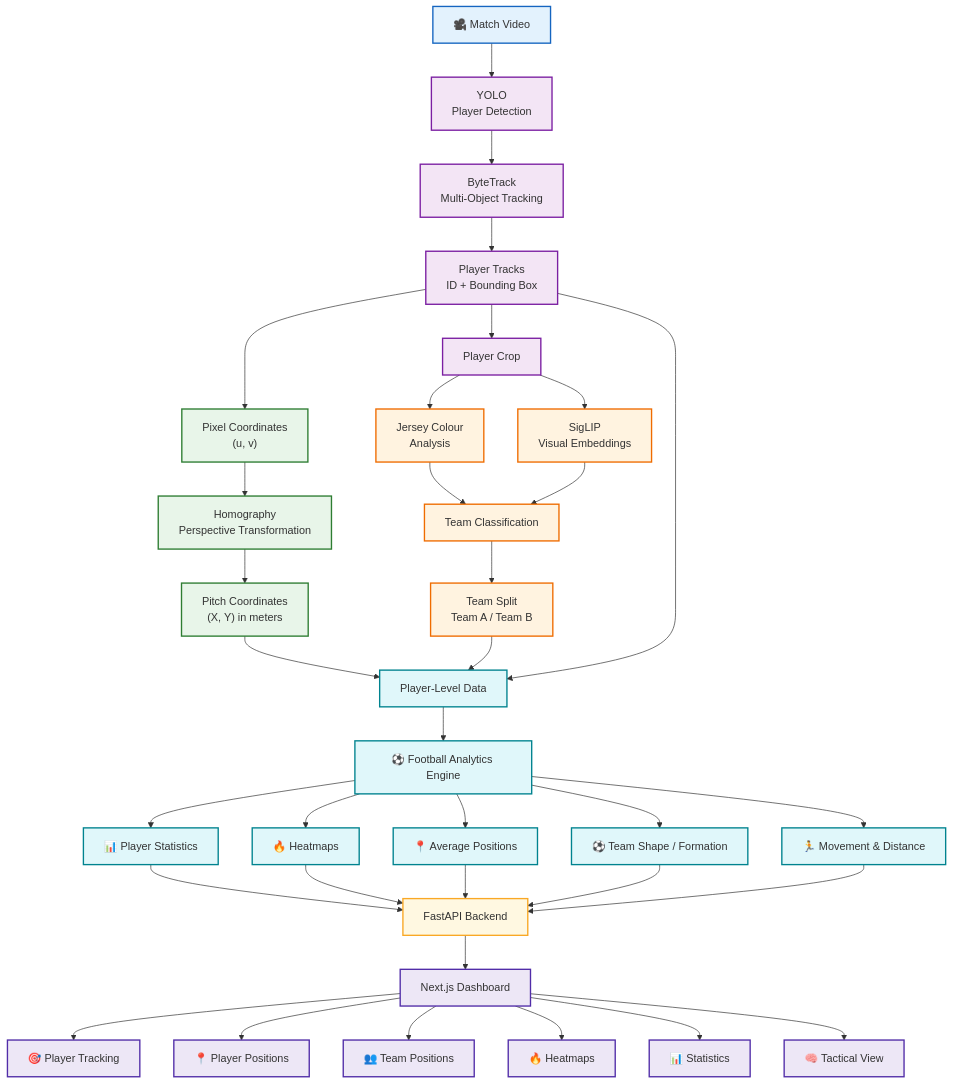
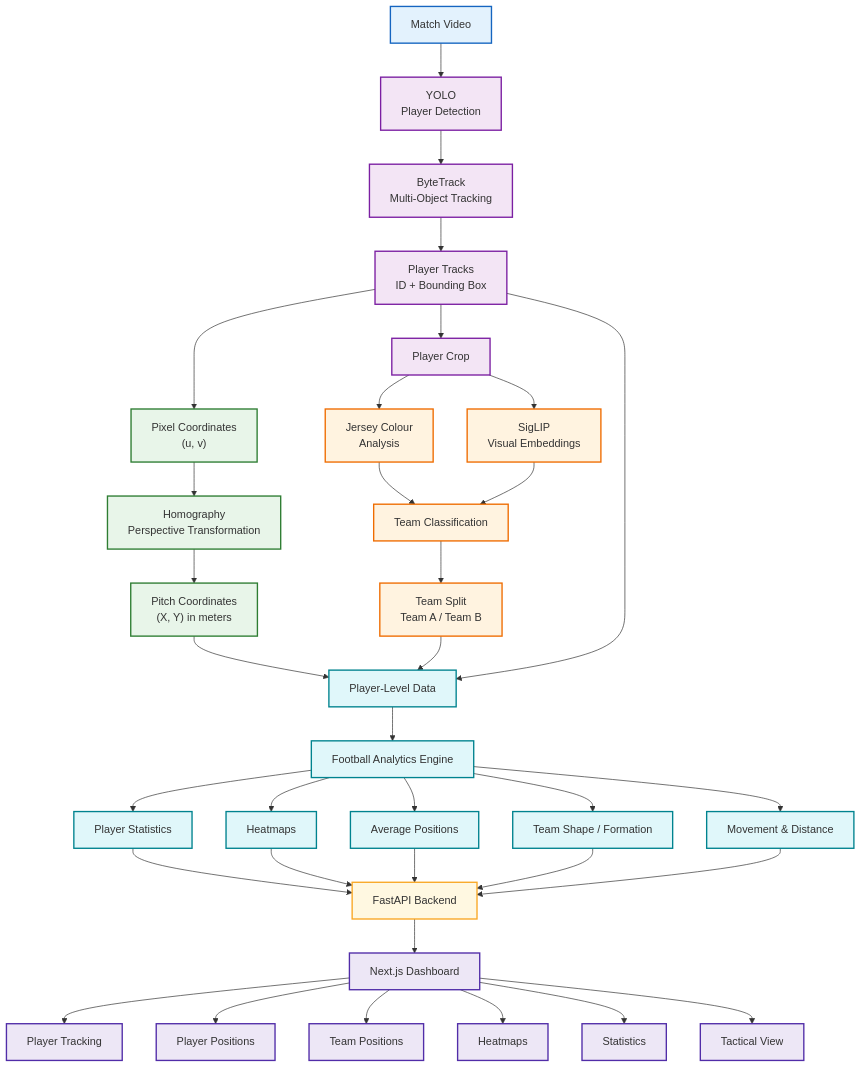
Before and after one commit to dishi575/tacticeye: the diagram in README.md, drawn with Mermaid. The commit also changed other lines of this file, not shown here.

Commit message:
Fix formatting and update system architecture section

````diff
--- a/README.md
+++ b/README.md
@@ -9,63 +9,63 @@
 ```mermaid
 flowchart TD
 
-    A["🎥 Match Video"] --> B["YOLO<br/>Player Detection"]
+    A["Match Video"] --> B["YOLO<br/>Player Detection"]
     B --> C["ByteTrack<br/>Multi-Object Tracking"]
     C --> D["Player Tracks<br/>ID + Bounding Box"]
 
     D --> E["Pixel Coordinates<br/>(u, v)"]
     E --> F["Homography<br/>Perspective Transformation"]
     F --> G["Pitch Coordinates<br/>(X, Y) in meters"]
 
     D --> H["Player Crop"]
     H --> I["Jersey Colour<br/>Analysis"]
     H --> J["SigLIP<br/>Visual Embeddings"]
 
     I --> K["Team Classification"]
     J --> K
     K --> L["Team Split<br/>Team A / Team B"]
 
     G --> M["Player-Level Data"]
     L --> M
     D --> M
 
-    M --> N["⚽ Football Analytics Engine"]
+    M --> N["Football Analytics Engine"]
 
-    N --> O["📊 Player Statistics"]
-    N --> P["🔥 Heatmaps"]
-    N --> Q["📍 Average Positions"]
-    N --> R["⚽ Team Shape / Formation"]
-    N --> S["🏃 Movement & Distance"]
+    N --> O["Player Statistics"]
+    N --> P["Heatmaps"]
+    N --> Q["Average Positions"]
+    N --> R["Team Shape / Formation"]
+    N --> S["Movement & Distance"]
 
     O --> T["FastAPI Backend"]
     P --> T
     Q --> T
     R --> T
     S --> T
 
     T --> U["Next.js Dashboard"]
 
-    U --> V["🎯 Player Tracking"]
-    U --> W["📍 Player Positions"]
-    U --> X["👥 Team Positions"]
-    U --> Y["🔥 Heatmaps"]
-    U --> Z["📊 Statistics"]
-    U --> AA["🧠 Tactical View"]
+    U --> V["Player Tracking"]
+    U --> W["Player Positions"]
+    U --> X["Team Positions"]
+    U --> Y["Heatmaps"]
+    U --> Z["Statistics"]
+    U --> AA["Tactical View"]
 
     %% Styling
     classDef input fill:#e3f2fd,stroke:#1565c0,stroke-width:2px;
     classDef vision fill:#f3e5f5,stroke:#7b1fa2,stroke-width:2px;
     classDef geometry fill:#e8f5e9,stroke:#2e7d32,stroke-width:2px;
     classDef team fill:#fff3e0,stroke:#ef6c00,stroke-width:2px;
     classDef analytics fill:#e0f7fa,stroke:#00838f,stroke-width:2px;
     classDef backend fill:#fff8e1,stroke:#f9a825,stroke-width:2px;
     classDef frontend fill:#ede7f6,stroke:#512da8,stroke-width:2px;
 
     class A input;
     class B,C,D,H vision;
     class E,F,G geometry;
     class I,J,K,L team;
     class M,N,O,P,Q,R,S analytics;
     class T backend;
     class U,V,W,X,Y,Z,AA frontend;
 ```
````
